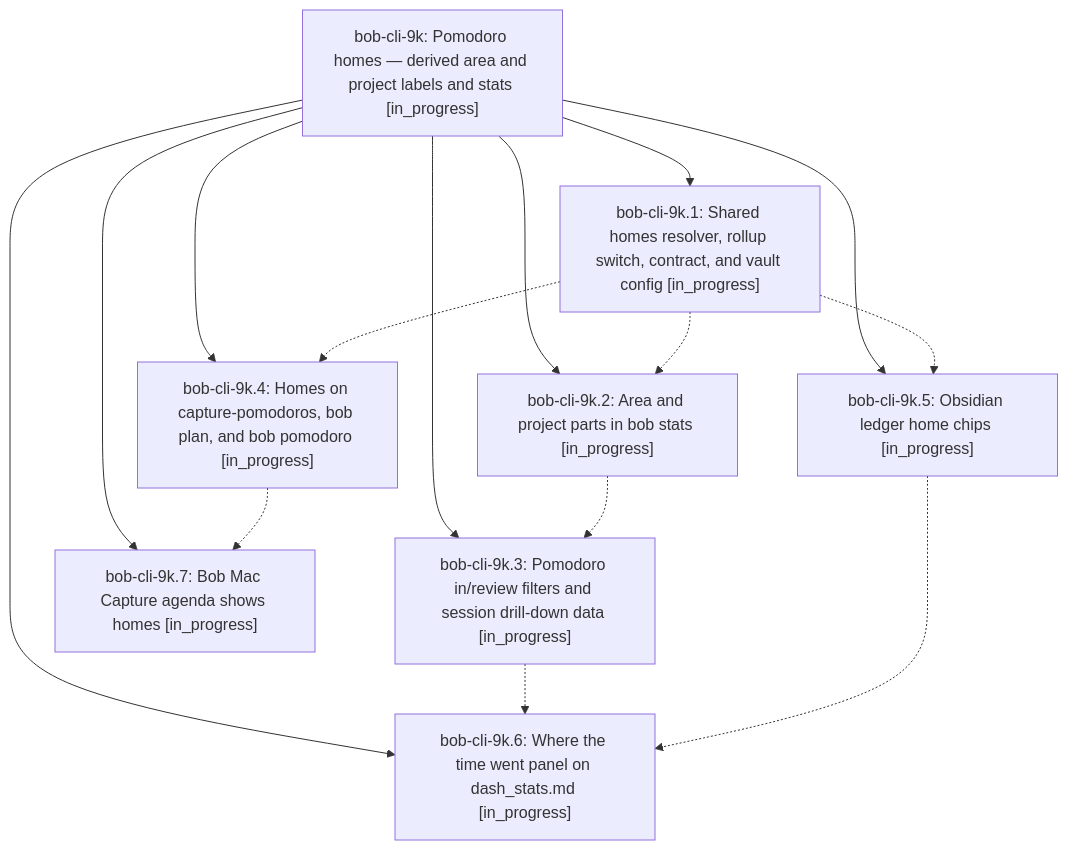
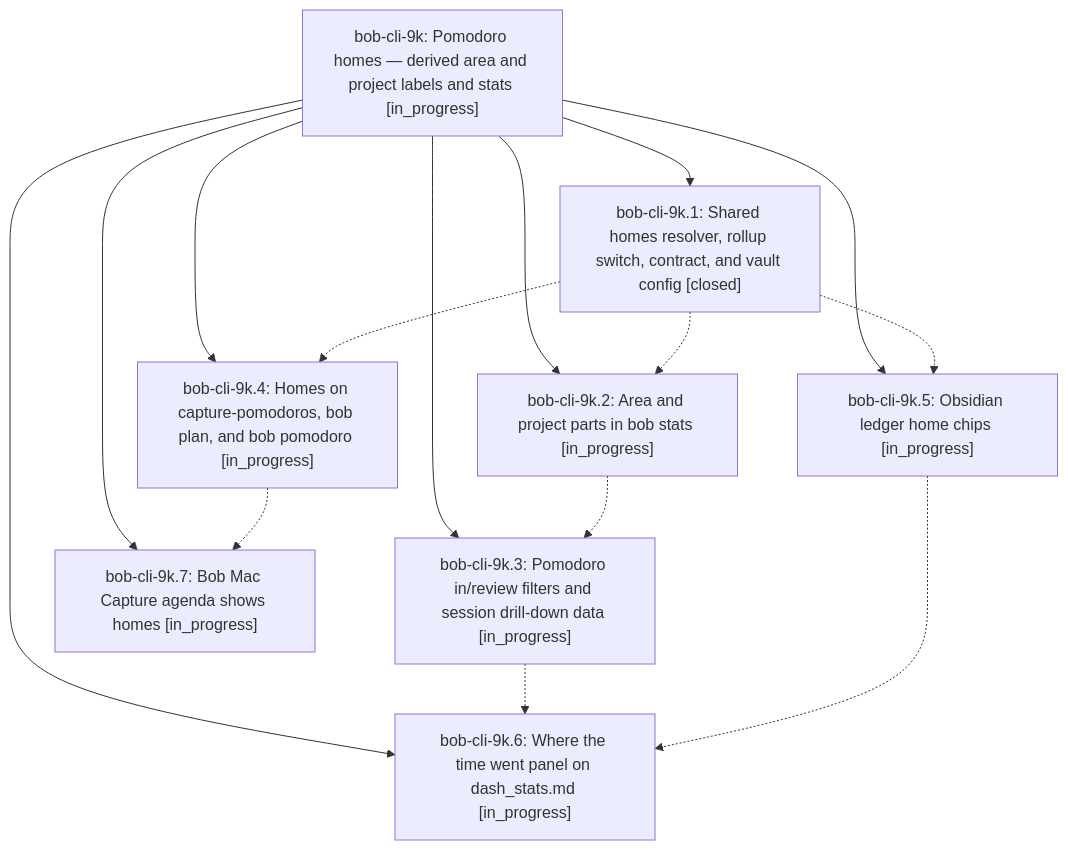
Before and after one commit to bobs-org/bob-cli--beads: the diagram in pages/bob-cli-9k/README.md, drawn with Mermaid. The commit also changed other lines of this file and 4 other files, not shown here.

First line of the commit message:
chore(beads): sync bead state and pages for bob-cli-9k

````diff
--- a/pages/bob-cli-9k/README.md
+++ b/pages/bob-cli-9k/README.md
@@ -40,25 +40,25 @@
 ```mermaid
 flowchart TD
     n0["bob-cli-9k: Pomodoro homes — derived area and project labels and stats [in_progress]"]
-    n1["bob-cli-9k.1: Shared homes resolver, rollup switch, contract, and vault config [in_progress]"]
+    n1["bob-cli-9k.1: Shared homes resolver, rollup switch, contract, and vault config [closed]"]
     n2["bob-cli-9k.2: Area and project parts in bob stats [in_progress]"]
     n3["bob-cli-9k.3: Pomodoro in/review filters and session drill-down data [in_progress]"]
     n4["bob-cli-9k.4: Homes on capture-pomodoros, bob plan, and bob pomodoro [in_progress]"]
     n5["bob-cli-9k.5: Obsidian ledger home chips [in_progress]"]
     n6["bob-cli-9k.6: Where the time went panel on dash_stats.md [in_progress]"]
     n7["bob-cli-9k.7: Bob Mac Capture agenda shows homes [in_progress]"]
     n0 --> n1
     n0 --> n2
     n0 --> n3
     n0 --> n4
     n0 --> n5
     n0 --> n6
     n0 --> n7
     n1 -.-> n2
     n1 -.-> n4
     n1 -.-> n5
     n2 -.-> n3
     n3 -.-> n6
     n4 -.-> n7
     n5 -.-> n6
 ```
````
